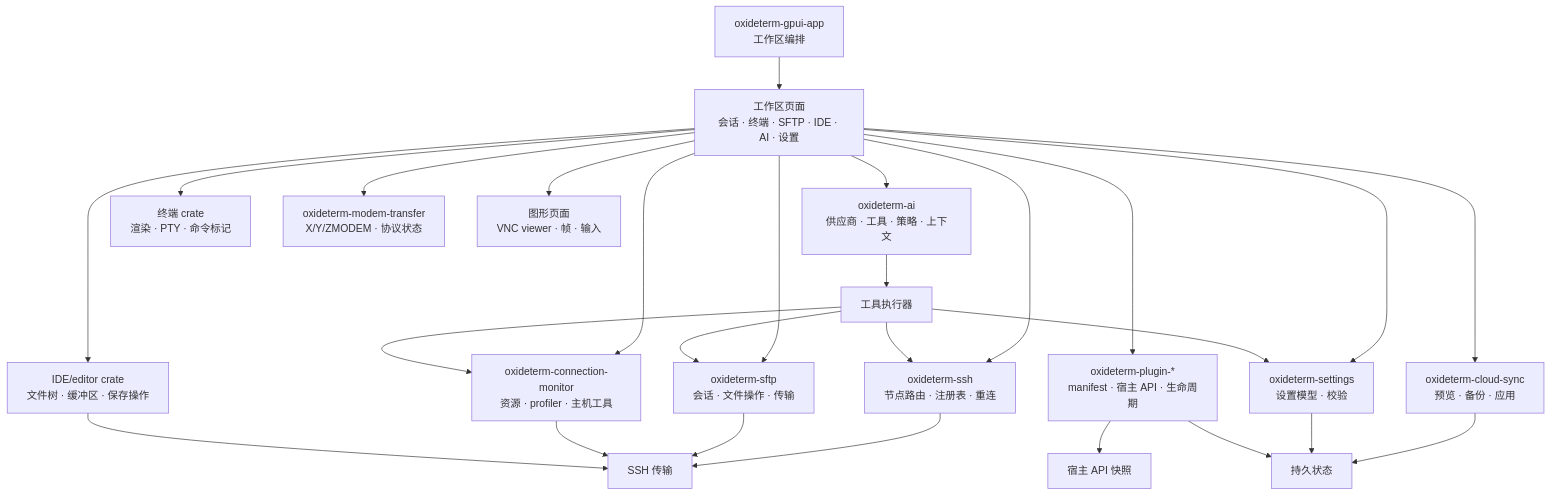
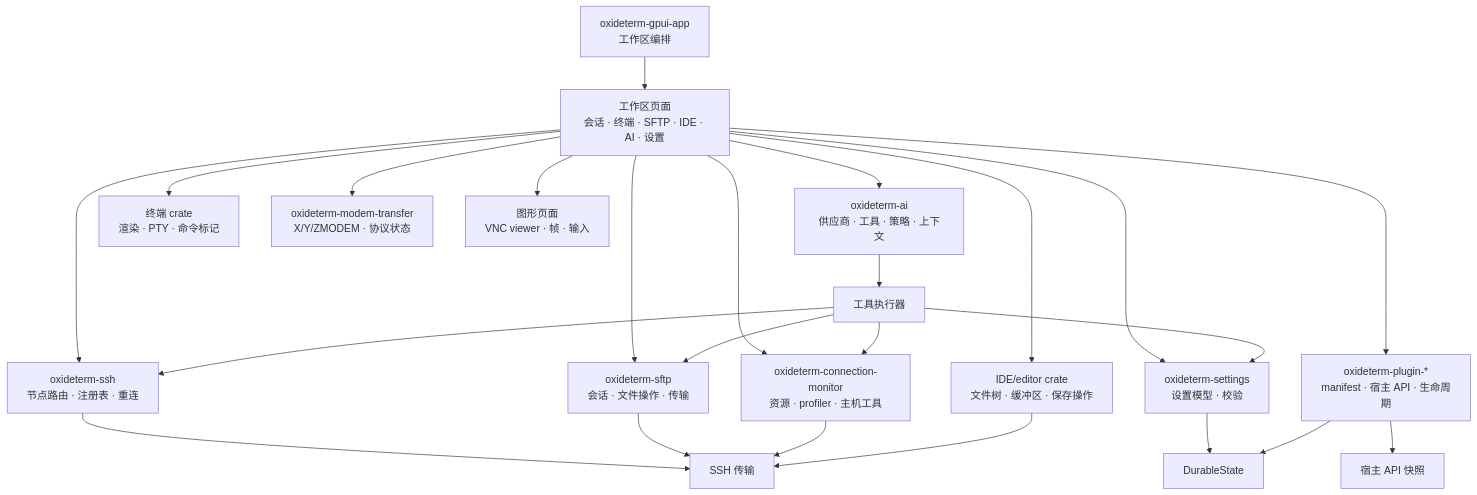
One commit to imeilige/oxideterm changed the sixth of 14 diagrams in docs/user-guide/zh-Hans/architecture.md. Above: the diagram before and after it, drawn with Mermaid. The commit also changed other lines of this file and 171 other files, not shown here.

Commit message:
v2.2.8: Remove cloud sync and relocate the oxide plugin settings store

````diff
--- a/docs/user-guide/zh-Hans/architecture.md
+++ b/docs/user-guide/zh-Hans/architecture.md
@@ -1079,30 +1027,28 @@
 ```mermaid
 flowchart TB
     Workspace["oxideterm-gpui-app<br/>工作区编排"] --> AppSurfaces["工作区页面<br/>会话 · 终端 · SFTP · IDE · AI · 设置"]
 
     AppSurfaces --> SshDomain["oxideterm-ssh<br/>节点路由 · 注册表 · 重连"]
     AppSurfaces --> SftpDomain["oxideterm-sftp<br/>会话 · 文件操作 · 传输"]
     AppSurfaces --> MonitorDomain["oxideterm-connection-monitor<br/>资源 · profiler · 主机工具"]
     AppSurfaces --> AiDomain["oxideterm-ai<br/>供应商 · 工具 · 策略 · 上下文"]
     AppSurfaces --> SettingsDomain["oxideterm-settings<br/>设置模型 · 校验"]
     AppSurfaces --> PluginDomain["oxideterm-plugin-*<br/>manifest · 宿主 API · 生命周期"]
-    AppSurfaces --> SyncDomain["oxideterm-cloud-sync<br/>预览 · 备份 · 应用"]
     AppSurfaces --> TerminalDomain["终端 crate<br/>渲染 · PTY · 命令标记"]
     AppSurfaces --> ModemDomain["oxideterm-modem-transfer<br/>X/Y/ZMODEM · 协议状态"]
     AppSurfaces --> GraphicsDomain["图形页面<br/>VNC viewer · 帧 · 输入"]
     AppSurfaces --> IdeDomain["IDE/editor crate<br/>文件树 · 缓冲区 · 保存操作"]
 
     SshDomain --> SshTransport["SSH 传输"]
     SftpDomain --> SshTransport
     MonitorDomain --> SshTransport
     IdeDomain --> SshTransport
     PluginDomain --> HostApi["宿主 API 快照"]
     AiDomain --> ToolExecutor["工具执行器"]
     ToolExecutor --> SshDomain
     ToolExecutor --> SftpDomain
     ToolExecutor --> MonitorDomain
     ToolExecutor --> SettingsDomain
-    SyncDomain --> DurableState["持久状态"]
     SettingsDomain --> DurableState
     PluginDomain --> DurableState
 ```
````
